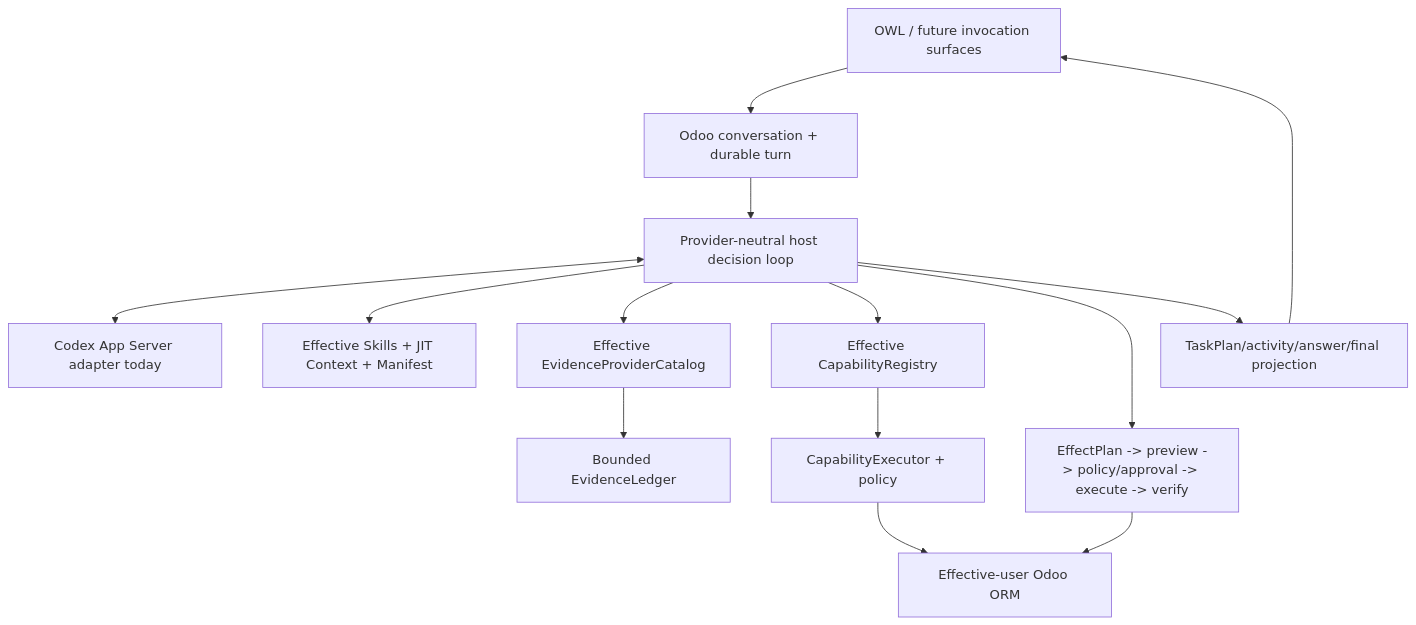
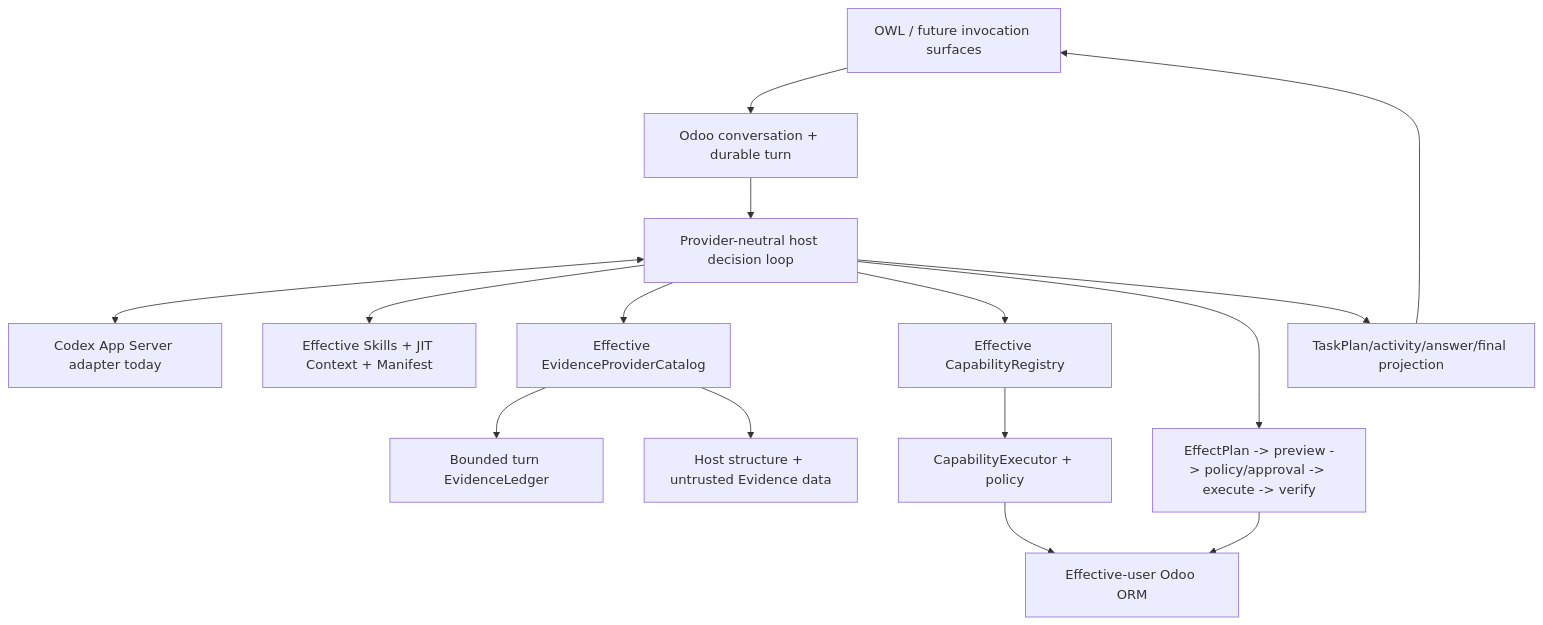
One commit to CPX-001/ai-odoo-assistant changed the diagram in docs/README.md. Above: the diagram before and after it, drawn with Mermaid. The commit also changed other lines of this file, not shown here.

````diff
--- a/docs/README.md
+++ b/docs/README.md
@@ -33,16 +33,17 @@
 ```mermaid
 flowchart TB
     UI[OWL / future invocation surfaces] --> TURN[Odoo conversation + durable turn]
     TURN --> HOST[Provider-neutral host decision loop]
     HOST <--> MODEL[Codex App Server adapter today]
     HOST --> EXT[Effective Skills + JIT Context + Manifest]
     HOST --> EVC[Effective EvidenceProviderCatalog]
-    EVC --> LEDGER[Bounded EvidenceLedger]
+    EVC --> LEDGER[Bounded turn EvidenceLedger]
+    EVC --> EDATA[Host structure + untrusted Evidence data]
     HOST --> CAT[Effective CapabilityRegistry]
     CAT --> EXEC[CapabilityExecutor + policy]
     EXEC --> ORM[Effective-user Odoo ORM]
     HOST --> EFFECT[EffectPlan -> preview -> policy/approval -> execute -> verify]
     EFFECT --> ORM
     HOST --> LIVE[TaskPlan/activity/answer/final projection]
     LIVE --> UI
 ```
````
